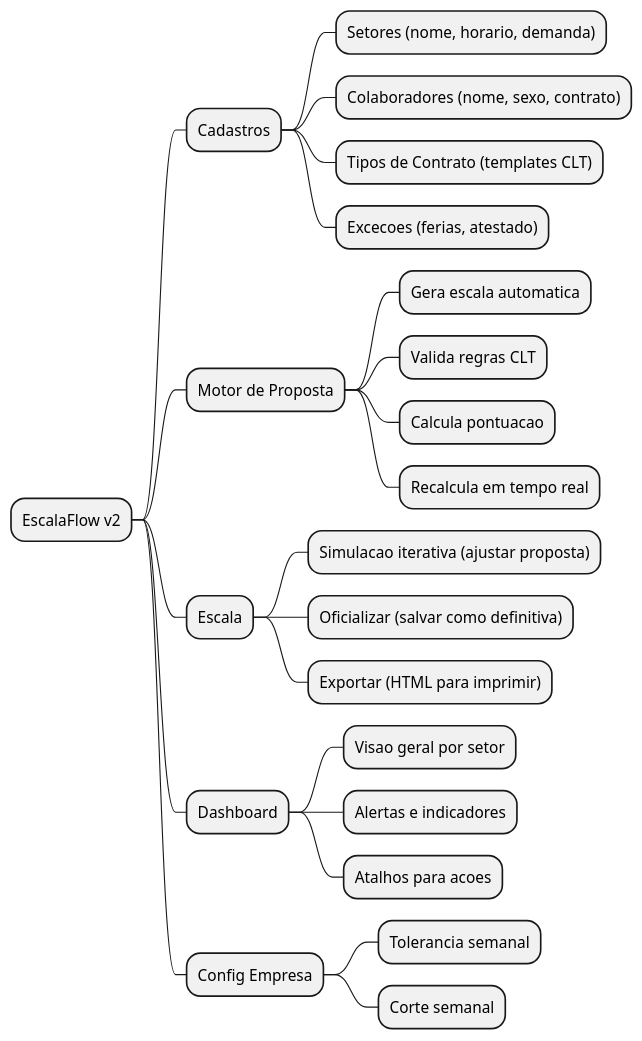
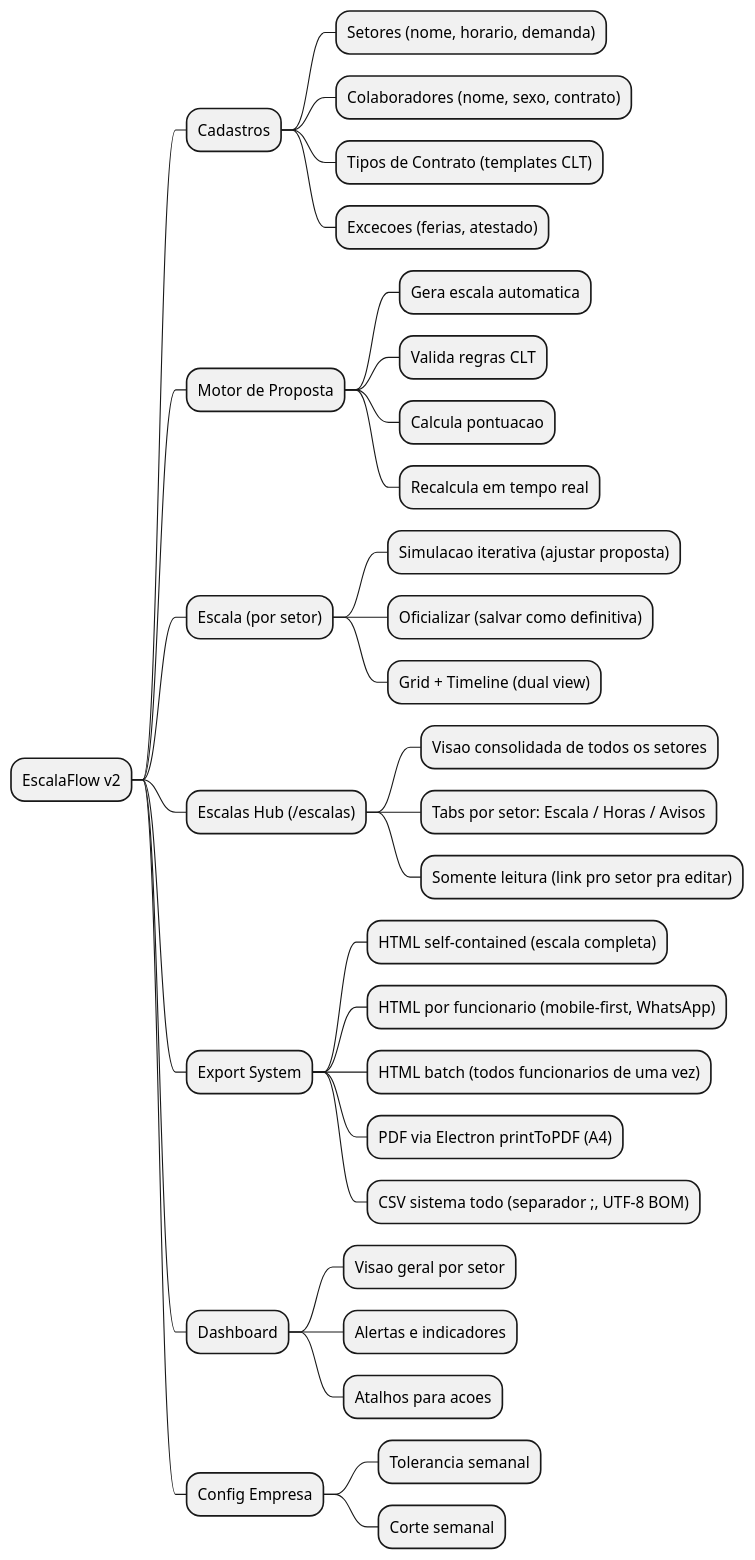
One commit to nmarcofernandess/escalaflow changed the first of 9 diagrams in docs/BUILD_V2_ESCALAFLOW.md. Above: the diagram before and after it, drawn with PlantUML. The commit also changed other lines of this file, not shown here.

First line of the commit message:
docs: Update BUILD_V2_ESCALAFLOW.md to v4 state (export + /escalas + avisos)

````diff
--- a/docs/BUILD_V2_ESCALAFLOW.md
+++ b/docs/BUILD_V2_ESCALAFLOW.md
@@ -96,26 +102,36 @@
 ```plantuml
 @startmindmap
 * EscalaFlow v2
 ** Cadastros
 *** Setores (nome, horario, demanda)
 *** Colaboradores (nome, sexo, contrato)
 *** Tipos de Contrato (templates CLT)
 *** Excecoes (ferias, atestado)
 ** Motor de Proposta
 *** Gera escala automatica
 *** Valida regras CLT
 *** Calcula pontuacao
 *** Recalcula em tempo real
-** Escala
+** Escala (por setor)
 *** Simulacao iterativa (ajustar proposta)
 *** Oficializar (salvar como definitiva)
-*** Exportar (HTML para imprimir)
+*** Grid + Timeline (dual view)
+** Escalas Hub (/escalas)
+*** Visao consolidada de todos os setores
+*** Tabs por setor: Escala / Horas / Avisos
+*** Somente leitura (link pro setor pra editar)
+** Export System
+*** HTML self-contained (escala completa)
+*** HTML por funcionario (mobile-first, WhatsApp)
+*** HTML batch (todos funcionarios de uma vez)
+*** PDF via Electron printToPDF (A4)
+*** CSV sistema todo (separador ;, UTF-8 BOM)
 ** Dashboard
 *** Visao geral por setor
 *** Alertas e indicadores
 *** Atalhos para acoes
 ** Config Empresa
 *** Tolerancia semanal
 *** Corte semanal
 @endmindmap
 ```
````
